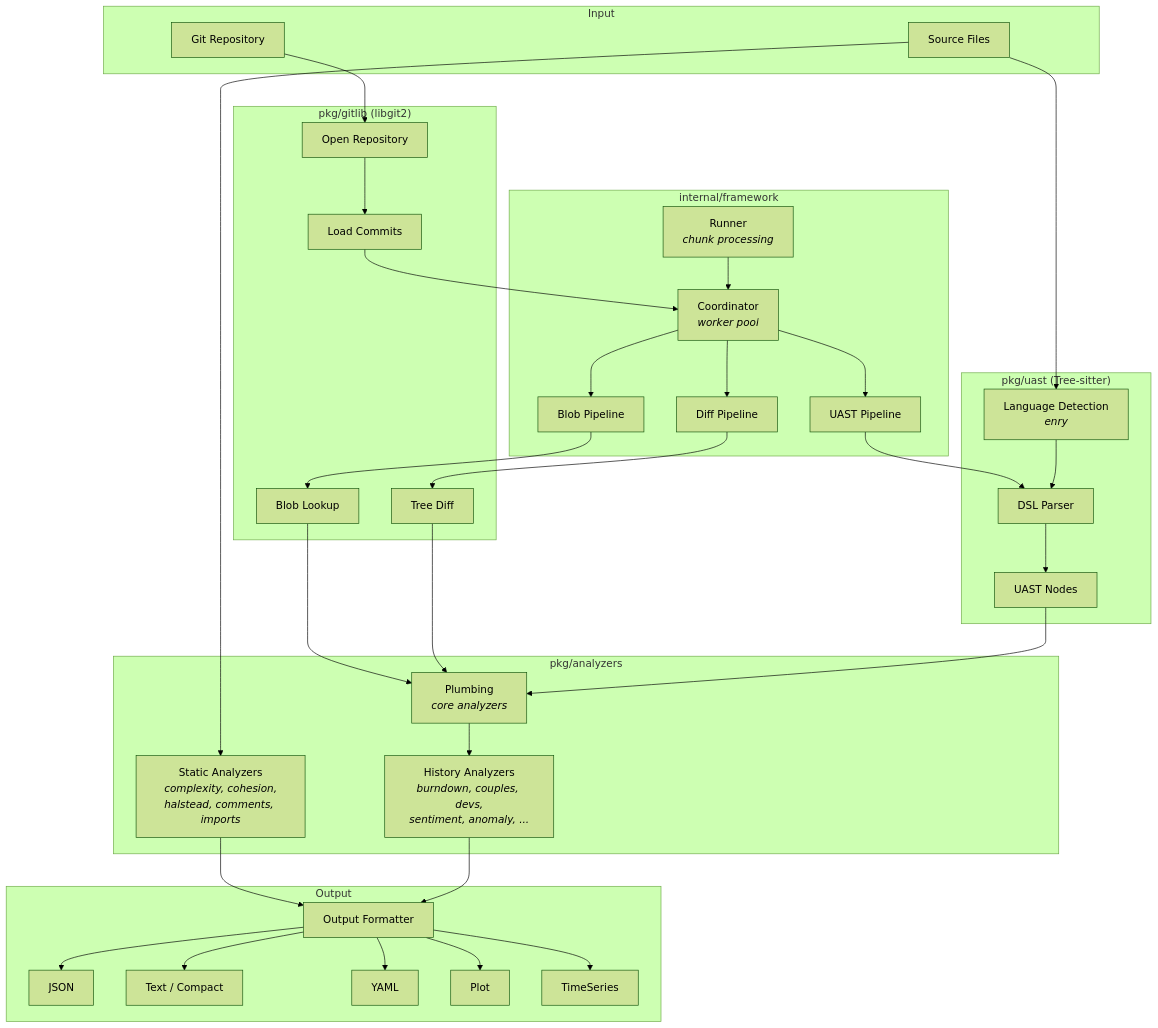
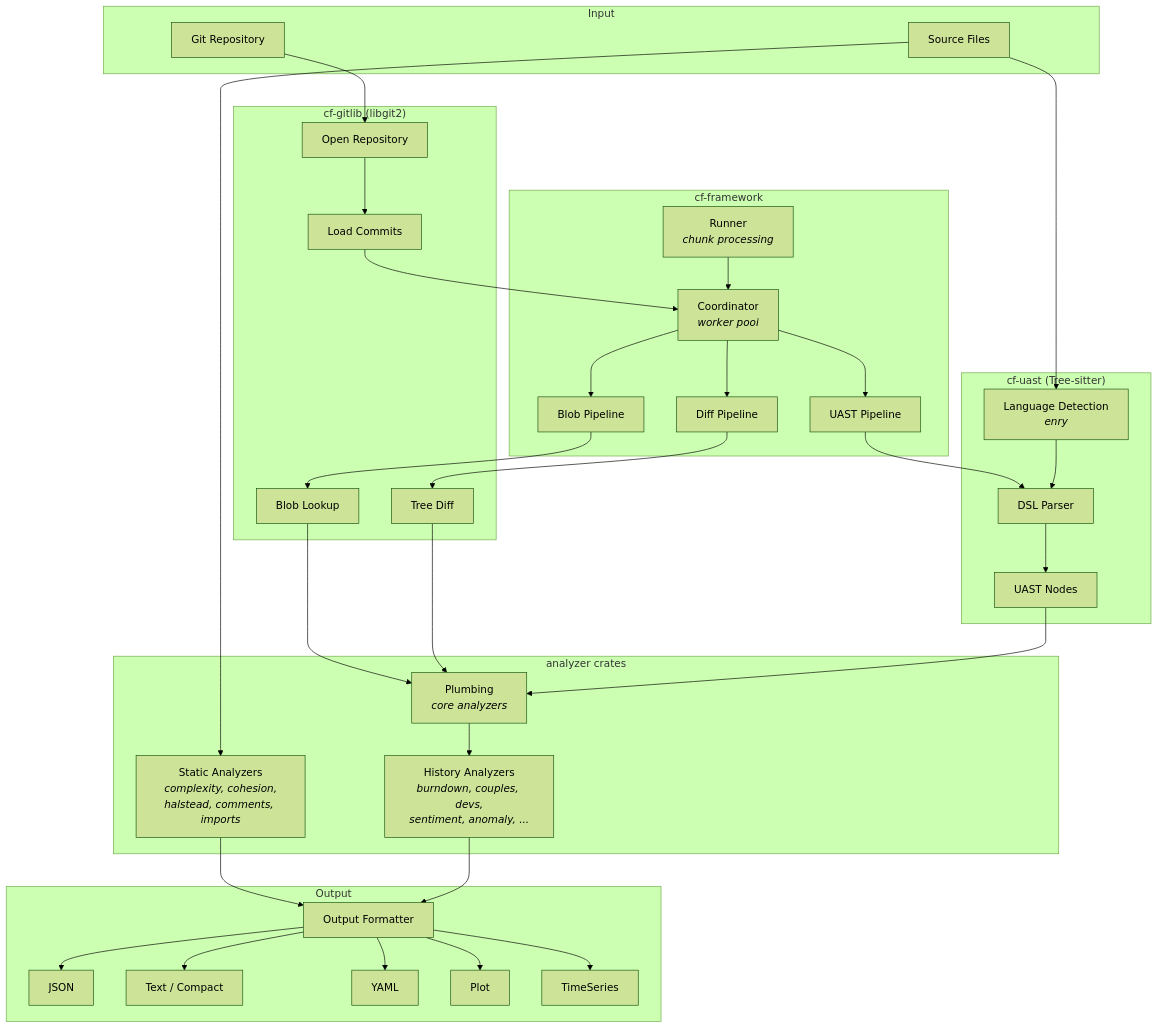
The first of 2 diagrams in site/architecture/overview.md (Sumatoshi-tech/codefang), drawn with Mermaid (forest theme) before and after one commit. The commit also changed other lines of this file and 2279 other files, not shown here.

````diff
--- a/site/architecture/overview.md
+++ b/site/architecture/overview.md
@@ -126,67 +121,67 @@
 ```mermaid
 flowchart TD
     subgraph Input
         REPO[Git Repository]
         SRC[Source Files]
     end
 
-    subgraph gitlib["pkg/gitlib (libgit2)"]
+    subgraph gitlib["cf-gitlib (libgit2)"]
         OPEN[Open Repository]
         COMMITS[Load Commits]
         TREEDIFF[Tree Diff]
         BLOBS[Blob Lookup]
     end
 
-    subgraph uast_engine["pkg/uast (Tree-sitter)"]
+    subgraph uast_engine["cf-uast (Tree-sitter)"]
         DETECT[Language Detection<br/><em>enry</em>]
         PARSE[DSL Parser]
         NODES[UAST Nodes]
     end
 
-    subgraph framework["internal/framework"]
+    subgraph framework["cf-framework"]
         COORD[Coordinator<br/><em>worker pool</em>]
         BLOB_PIPE[Blob Pipeline]
         DIFF_PIPE[Diff Pipeline]
         UAST_PIPE[UAST Pipeline]
         RUNNER[Runner<br/><em>chunk processing</em>]
     end
 
-    subgraph analyzers["pkg/analyzers"]
+    subgraph analyzers["analyzer crates"]
         PLUMB[Plumbing<br/><em>core analyzers</em>]
         STATIC[Static Analyzers<br/><em>complexity, cohesion,<br/>halstead, comments, imports</em>]
         HISTORY[History Analyzers<br/><em>burndown, couples, devs,<br/>sentiment, anomaly, ...</em>]
     end
 
     subgraph output["Output"]
         FORMAT[Output Formatter]
         JSON_OUT[JSON]
         TEXT_OUT[Text / Compact]
         YAML_OUT[YAML]
         PLOT_OUT[Plot]
         TS_OUT[TimeSeries]
     end
 
     REPO --> OPEN --> COMMITS
     COMMITS --> COORD
     COORD --> BLOB_PIPE --> BLOBS
     COORD --> DIFF_PIPE --> TREEDIFF
     COORD --> UAST_PIPE --> PARSE
     SRC --> DETECT --> PARSE --> NODES
 
     BLOBS --> PLUMB
     TREEDIFF --> PLUMB
     NODES --> PLUMB
 
     PLUMB --> HISTORY
     SRC --> STATIC
 
     RUNNER --> COORD
 
     STATIC --> FORMAT
     HISTORY --> FORMAT
     FORMAT --> JSON_OUT
     FORMAT --> TEXT_OUT
     FORMAT --> YAML_OUT
     FORMAT --> PLOT_OUT
     FORMAT --> TS_OUT
 ```
````
